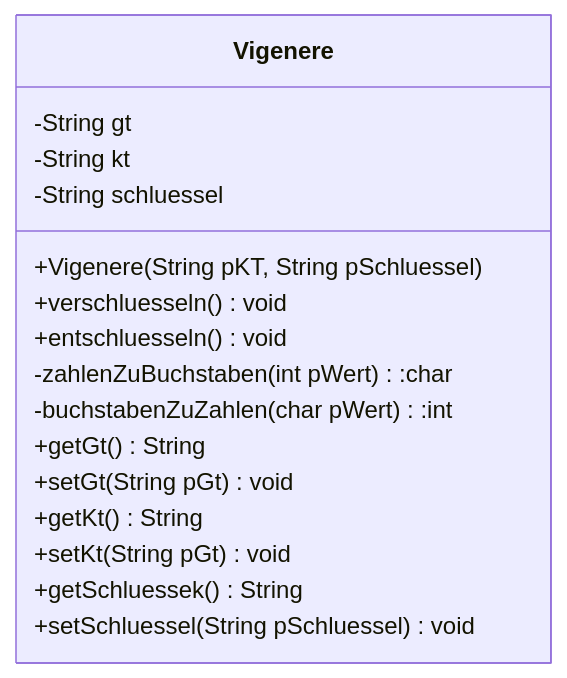
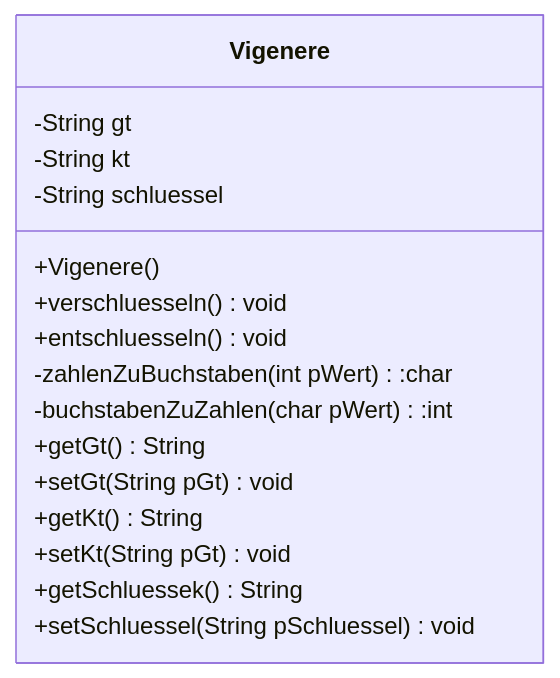
One commit to rueckertgym/begleitmaterial changed the diagram in book/kryptologie/Vigenere_Modellierung.md. Above: the diagram before and after it, drawn with Mermaid. The commit also changed 5 other files, not shown here.

````diff
--- a/book/kryptologie/Vigenere_Modellierung.md
+++ b/book/kryptologie/Vigenere_Modellierung.md
@@ -11,19 +11,19 @@
 ```mermaid
 classDiagram
       class Vigenere{
           -String gt
           -String kt
           -String schluessel
-          +Vigenere(String pKT, String pSchluessel)
+          +Vigenere()
           +verschluesseln() void
           +entschluesseln() void
           -zahlenZuBuchstaben(int pWert):char
           -buchstabenZuZahlen(char pWert):int
           +getGt() String
           +setGt(String pGt) void
           +getKt() String
           +setKt(String pGt) void         
           +getSchluessek() String
           +setSchluessel(String pSchluessel) void
         }
  ```
````
